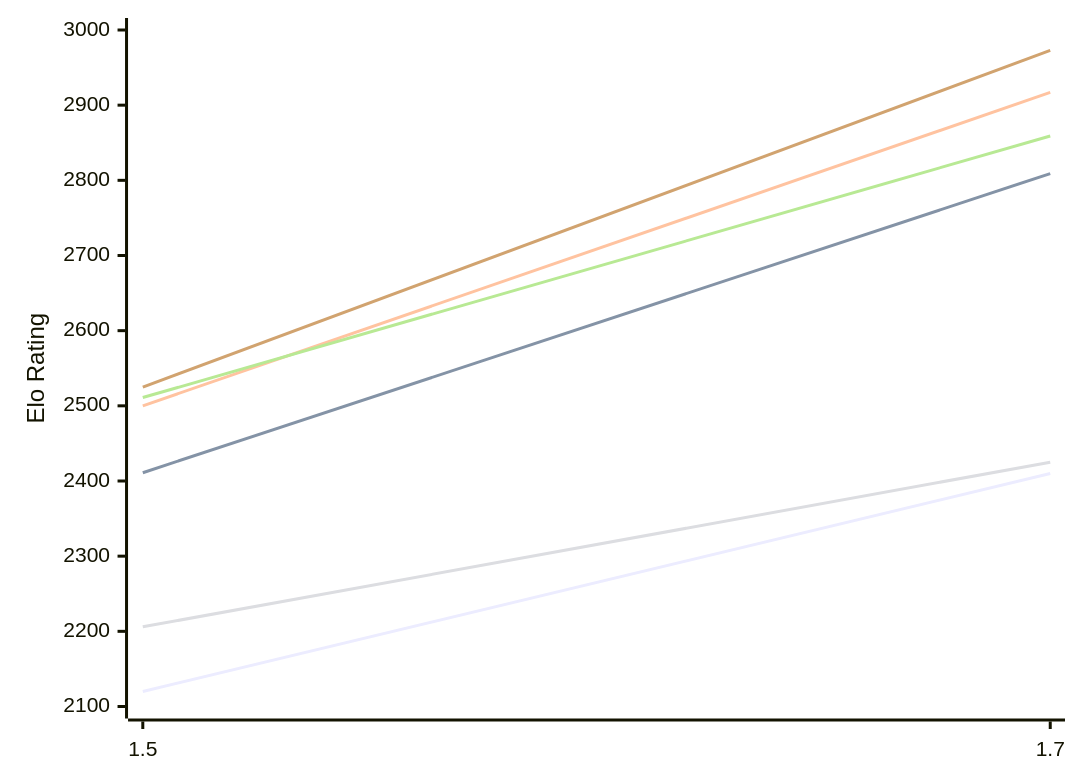
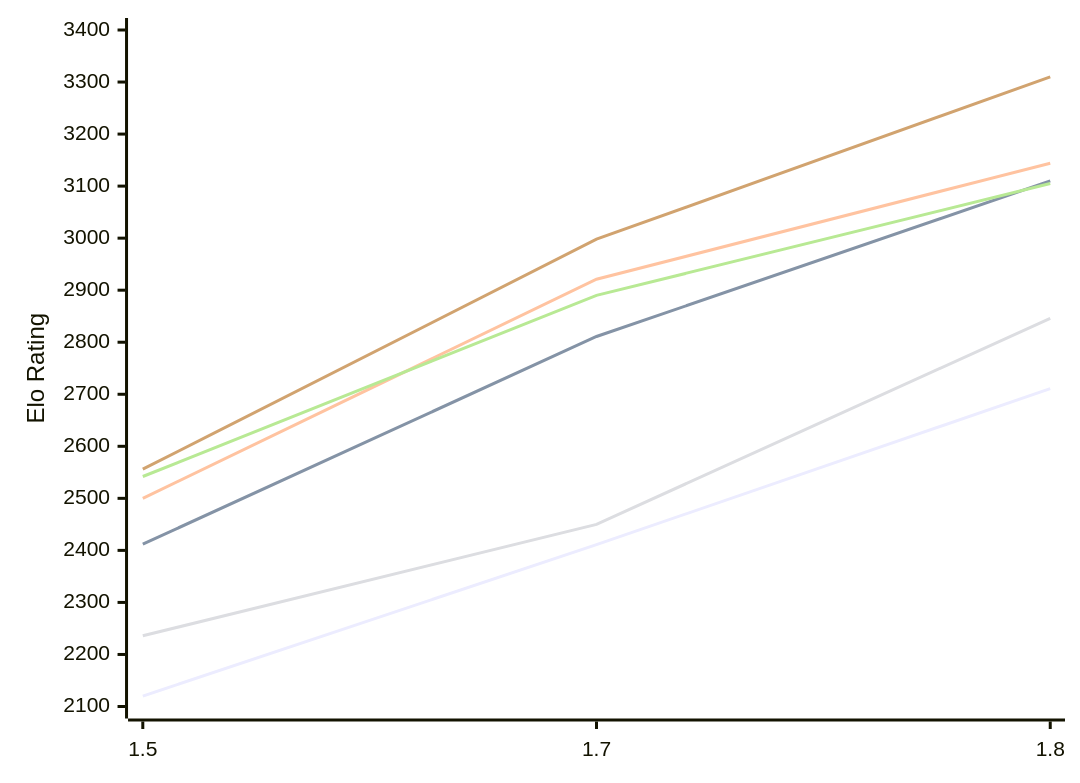
The first of 2 diagrams in engines/Facon.md (computer-chess-index/cci), drawn with Mermaid before and after one commit. The commit also changed other lines of this file, not shown here.

Commit message:
Update CCI Ratings (ELO VLTC) - 2026-11-05

````diff
--- a/engines/Facon.md
+++ b/engines/Facon.md
@@ -52,12 +54,12 @@
 ```mermaid
 %%{init: {"theme":"base","themeVariables":{"seriesColors:['#a3a3a3','#222221','#faa371']}}}%%
 xychart-beta
-  x-axis ["1.5", "1.7"]
-  y-axis "Elo Rating" 2100 --> 3000
-  line "E1: STC (8.0+0.08s)" [2120, 2410]
-  line "E1: LTC (60.0+0.60s)" [2411, 2809]
-  line "E1: VLTC (2m24s+1.12s)" [2500, 2917]
-  line "P1: STC (8.0+0.08s)" [2206, 2425]
-  line "P1: LTC (60.0+0.60s)" [2511, 2859]
-  line "P1: VLTC (2m24s+1.12s)" [2525, 2973]
+  x-axis ["1.5", "1.7", "1.8"]
+  y-axis "Elo Rating" 2100 --> 3400
+  line "E1: STC (8.0+0.08s)" [2120, 2411, 2711]
+  line "E1: LTC (60.0+0.60s)" [2412, 2811, 3110]
+  line "E1: VLTC (2m24s+1.12s)" [2500, 2921, 3144]
+  line "P1: STC (8.0+0.08s)" [2236, 2450, 2846]
+  line "P1: LTC (60.0+0.60s)" [2542, 2890, 3105]
+  line "P1: VLTC (2m24s+1.12s)" [2556, 2998, 3310]
 ```
````
